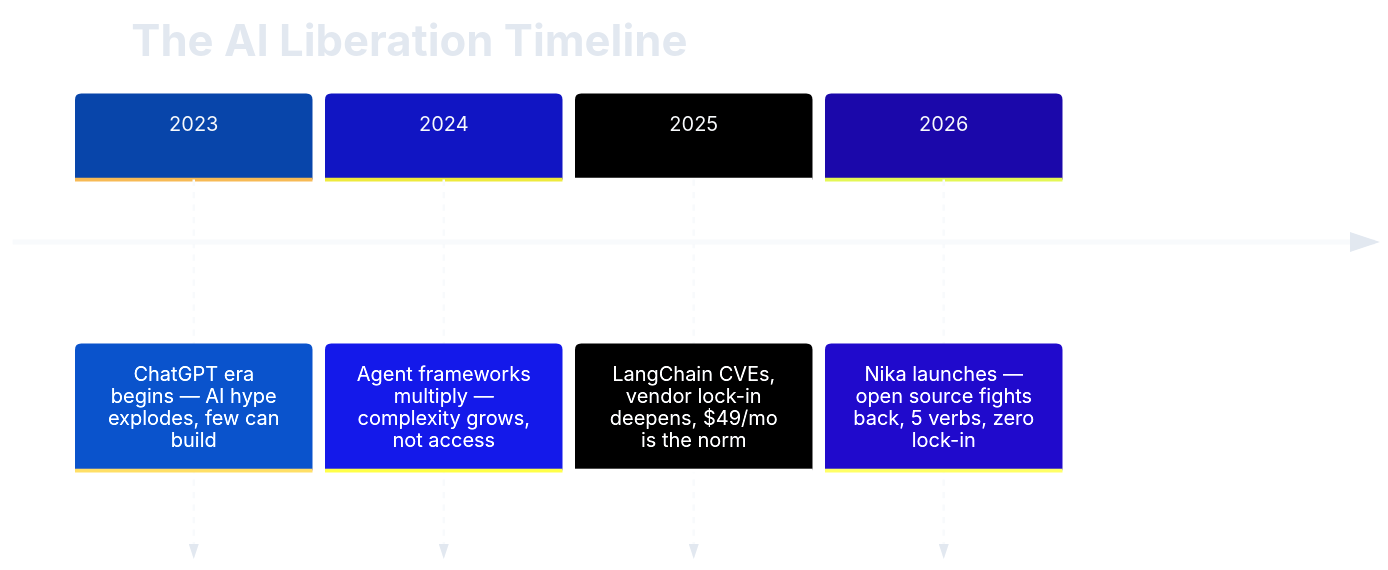
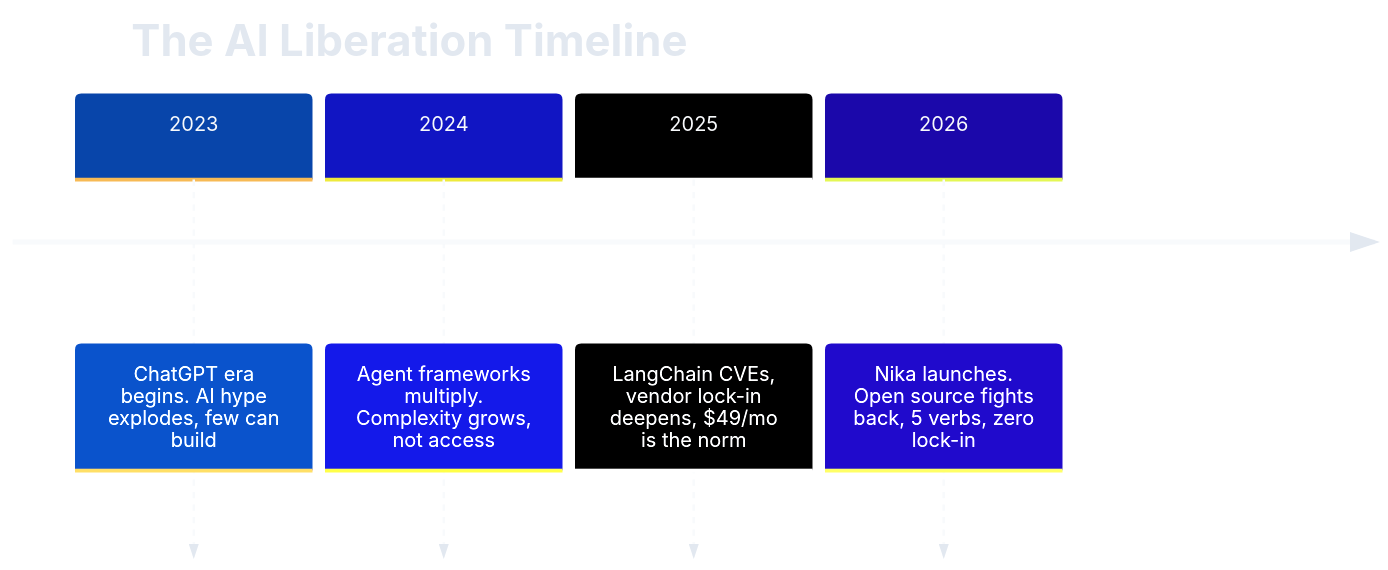
Before and after one commit to supernovae-st/nika: the second of 5 diagrams in MANIFESTO.md, drawn with Mermaid. The commit also changed other lines of this file and 4 other files, not shown here.

````diff
--- a/MANIFESTO.md
+++ b/MANIFESTO.md
@@ -75,9 +75,9 @@
 ```mermaid
 %%{init: {'theme': 'base', 'themeVariables': {'primaryColor': '#3b82f6', 'primaryTextColor': '#f8fafc', 'primaryBorderColor': '#2563eb', 'secondaryColor': '#6366f1', 'tertiaryColor': '#0f172a', 'lineColor': '#64748b', 'textColor': '#e2e8f0', 'mainBkg': '#1e293b', 'nodeBorder': '#3b82f6'}}}%%
 timeline
     title The AI Liberation Timeline
-    2023 : ChatGPT era begins — AI hype explodes, few can build
-    2024 : Agent frameworks multiply — complexity grows, not access
+    2023 : ChatGPT era begins. AI hype explodes, few can build
+    2024 : Agent frameworks multiply. Complexity grows, not access
     2025 : LangChain CVEs, vendor lock-in deepens, $49/mo is the norm
-    2026 : Nika launches — open source fights back, 5 verbs, zero lock-in
+    2026 : Nika launches. Open source fights back, 5 verbs, zero lock-in
 ```
````
